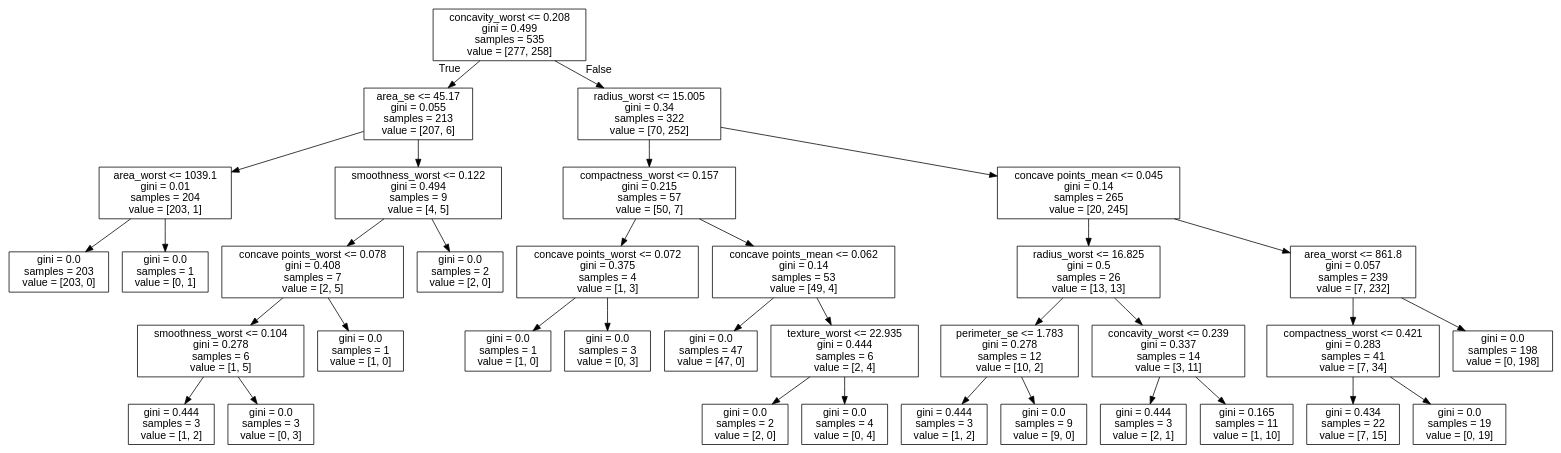
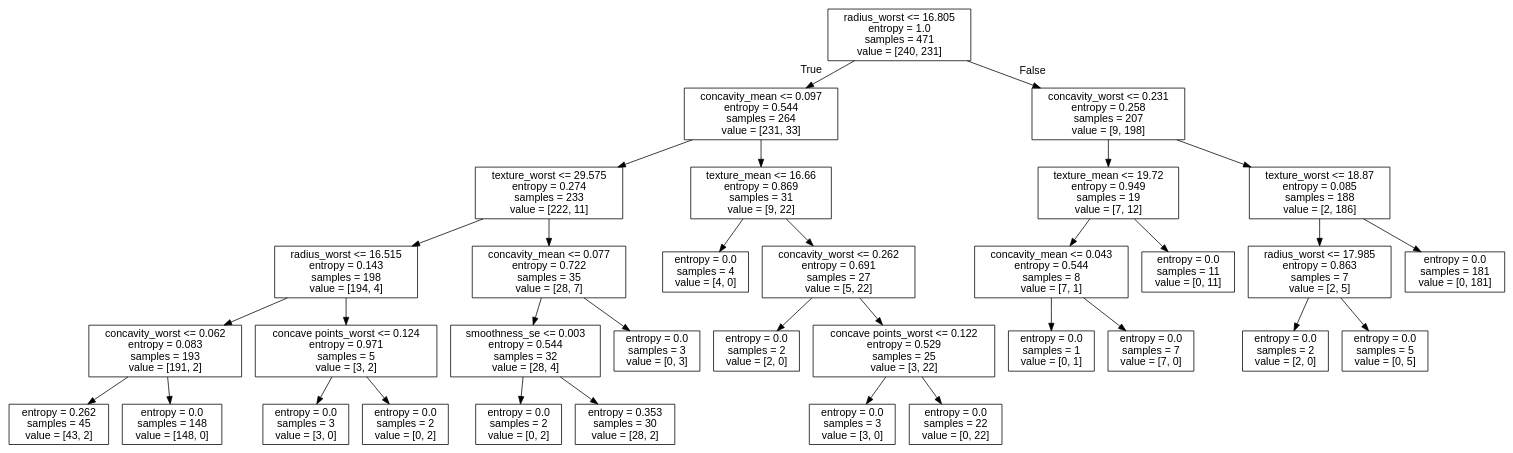
The diagram in tree.dot (m21ark/ia_t2), drawn with Graphviz before and after one commit. The commit also changed 4 other files, not shown here.

```diff
--- a/tree.dot
+++ b/tree.dot
@@ -1,73 +1,69 @@
 digraph Tree {
 node [shape=box, fontname="helvetica"] ;
 edge [fontname="helvetica"] ;
-0 [label="concavity_worst <= 0.208\ngini = 0.499\nsamples = 535\nvalue = [277, 258]"] ;
-1 [label="area_se <= 45.17\ngini = 0.055\nsamples = 213\nvalue = [207, 6]"] ;
+0 [label="radius_worst <= 16.805\nentropy = 1.0\nsamples = 471\nvalue = [240, 231]"] ;
+1 [label="concavity_mean <= 0.097\nentropy = 0.544\nsamples = 264\nvalue = [231, 33]"] ;
 0 -> 1 [labeldistance=2.5, labelangle=45, headlabel="True"] ;
-2 [label="area_worst <= 1039.1\ngini = 0.01\nsamples = 204\nvalue = [203, 1]"] ;
+2 [label="texture_worst <= 29.575\nentropy = 0.274\nsamples = 233\nvalue = [222, 11]"] ;
 1 -> 2 ;
-3 [label="gini = 0.0\nsamples = 203\nvalue = [203, 0]"] ;
+3 [label="radius_worst <= 16.515\nentropy = 0.143\nsamples = 198\nvalue = [194, 4]"] ;
 2 -> 3 ;
-4 [label="gini = 0.0\nsamples = 1\nvalue = [0, 1]"] ;
-2 -> 4 ;
-5 [label="smoothness_worst <= 0.122\ngini = 0.494\nsamples = 9\nvalue = [4, 5]"] ;
-1 -> 5 ;
-6 [label="concave points_worst <= 0.078\ngini = 0.408\nsamples = 7\nvalue = [2, 5]"] ;
-5 -> 6 ;
-7 [label="smoothness_worst <= 0.104\ngini = 0.278\nsamples = 6\nvalue = [1, 5]"] ;
-6 -> 7 ;
-8 [label="gini = 0.444\nsamples = 3\nvalue = [1, 2]"] ;
+4 [label="concavity_worst <= 0.062\nentropy = 0.083\nsamples = 193\nvalue = [191, 2]"] ;
+3 -> 4 ;
+5 [label="entropy = 0.262\nsamples = 45\nvalue = [43, 2]"] ;
+4 -> 5 ;
+6 [label="entropy = 0.0\nsamples = 148\nvalue = [148, 0]"] ;
+4 -> 6 ;
+7 [label="concave points_worst <= 0.124\nentropy = 0.971\nsamples = 5\nvalue = [3, 2]"] ;
+3 -> 7 ;
+8 [label="entropy = 0.0\nsamples = 3\nvalue = [3, 0]"] ;
 7 -> 8 ;
-9 [label="gini = 0.0\nsamples = 3\nvalue = [0, 3]"] ;
+9 [label="entropy = 0.0\nsamples = 2\nvalue = [0, 2]"] ;
 7 -> 9 ;
-10 [label="gini = 0.0\nsamples = 1\nvalue = [1, 0]"] ;
-6 -> 10 ;
-11 [label="gini = 0.0\nsamples = 2\nvalue = [2, 0]"] ;
-5 -> 11 ;
-12 [label="radius_worst <= 15.005\ngini = 0.34\nsamples = 322\nvalue = [70, 252]"] ;
-0 -> 12 [labeldistance=2.5, labelangle=-45, headlabel="False"] ;
-13 [label="compactness_worst <= 0.157\ngini = 0.215\nsamples = 57\nvalue = [50, 7]"] ;
-12 -> 13 ;
-14 [label="concave points_worst <= 0.072\ngini = 0.375\nsamples = 4\nvalue = [1, 3]"] ;
-13 -> 14 ;
-15 [label="gini = 0.0\nsamples = 1\nvalue = [1, 0]"] ;
-14 -> 15 ;
-16 [label="gini = 0.0\nsamples = 3\nvalue = [0, 3]"] ;
-14 -> 16 ;
-17 [label="concave points_mean <= 0.062\ngini = 0.14\nsamples = 53\nvalue = [49, 4]"] ;
-13 -> 17 ;
-18 [label="gini = 0.0\nsamples = 47\nvalue = [47, 0]"] ;
+10 [label="concavity_mean <= 0.077\nentropy = 0.722\nsamples = 35\nvalue = [28, 7]"] ;
+2 -> 10 ;
+11 [label="smoothness_se <= 0.003\nentropy = 0.544\nsamples = 32\nvalue = [28, 4]"] ;
+10 -> 11 ;
+12 [label="entropy = 0.0\nsamples = 2\nvalue = [0, 2]"] ;
+11 -> 12 ;
+13 [label="entropy = 0.353\nsamples = 30\nvalue = [28, 2]"] ;
+11 -> 13 ;
+14 [label="entropy = 0.0\nsamples = 3\nvalue = [0, 3]"] ;
+10 -> 14 ;
+15 [label="texture_mean <= 16.66\nentropy = 0.869\nsamples = 31\nvalue = [9, 22]"] ;
+1 -> 15 ;
+16 [label="entropy = 0.0\nsamples = 4\nvalue = [4, 0]"] ;
+15 -> 16 ;
+17 [label="concavity_worst <= 0.262\nentropy = 0.691\nsamples = 27\nvalue = [5, 22]"] ;
+15 -> 17 ;
+18 [label="entropy = 0.0\nsamples = 2\nvalue = [2, 0]"] ;
 17 -> 18 ;
-19 [label="texture_worst <= 22.935\ngini = 0.444\nsamples = 6\nvalue = [2, 4]"] ;
+19 [label="concave points_worst <= 0.122\nentropy = 0.529\nsamples = 25\nvalue = [3, 22]"] ;
 17 -> 19 ;
-20 [label="gini = 0.0\nsamples = 2\nvalue = [2, 0]"] ;
+20 [label="entropy = 0.0\nsamples = 3\nvalue = [3, 0]"] ;
 19 -> 20 ;
-21 [label="gini = 0.0\nsamples = 4\nvalue = [0, 4]"] ;
+21 [label="entropy = 0.0\nsamples = 22\nvalue = [0, 22]"] ;
 19 -> 21 ;
-22 [label="concave points_mean <= 0.045\ngini = 0.14\nsamples = 265\nvalue = [20, 245]"] ;
-12 -> 22 ;
-23 [label="radius_worst <= 16.825\ngini = 0.5\nsamples = 26\nvalue = [13, 13]"] ;
+22 [label="concavity_worst <= 0.231\nentropy = 0.258\nsamples = 207\nvalue = [9, 198]"] ;
+0 -> 22 [labeldistance=2.5, labelangle=-45, headlabel="False"] ;
+23 [label="texture_mean <= 19.72\nentropy = 0.949\nsamples = 19\nvalue = [7, 12]"] ;
 22 -> 23 ;
-24 [label="perimeter_se <= 1.783\ngini = 0.278\nsamples = 12\nvalue = [10, 2]"] ;
+24 [label="concavity_mean <= 0.043\nentropy = 0.544\nsamples = 8\nvalue = [7, 1]"] ;
 23 -> 24 ;
-25 [label="gini = 0.444\nsamples = 3\nvalue = [1, 2]"] ;
+25 [label="entropy = 0.0\nsamples = 1\nvalue = [0, 1]"] ;
 24 -> 25 ;
-26 [label="gini = 0.0\nsamples = 9\nvalue = [9, 0]"] ;
+26 [label="entropy = 0.0\nsamples = 7\nvalue = [7, 0]"] ;
 24 -> 26 ;
-27 [label="concavity_worst <= 0.239\ngini = 0.337\nsamples = 14\nvalue = [3, 11]"] ;
+27 [label="entropy = 0.0\nsamples = 11\nvalue = [0, 11]"] ;
 23 -> 27 ;
-28 [label="gini = 0.444\nsamples = 3\nvalue = [2, 1]"] ;
-27 -> 28 ;
-29 [label="gini = 0.165\nsamples = 11\nvalue = [1, 10]"] ;
-27 -> 29 ;
-30 [label="area_worst <= 861.8\ngini = 0.057\nsamples = 239\nvalue = [7, 232]"] ;
-22 -> 30 ;
-31 [label="compactness_worst <= 0.421\ngini = 0.283\nsamples = 41\nvalue = [7, 34]"] ;
-30 -> 31 ;
-32 [label="gini = 0.434\nsamples = 22\nvalue = [7, 15]"] ;
-31 -> 32 ;
-33 [label="gini = 0.0\nsamples = 19\nvalue = [0, 19]"] ;
-31 -> 33 ;
-34 [label="gini = 0.0\nsamples = 198\nvalue = [0, 198]"] ;
-30 -> 34 ;
+28 [label="texture_worst <= 18.87\nentropy = 0.085\nsamples = 188\nvalue = [2, 186]"] ;
+22 -> 28 ;
+29 [label="radius_worst <= 17.985\nentropy = 0.863\nsamples = 7\nvalue = [2, 5]"] ;
+28 -> 29 ;
+30 [label="entropy = 0.0\nsamples = 2\nvalue = [2, 0]"] ;
+29 -> 30 ;
+31 [label="entropy = 0.0\nsamples = 5\nvalue = [0, 5]"] ;
+29 -> 31 ;
+32 [label="entropy = 0.0\nsamples = 181\nvalue = [0, 181]"] ;
+28 -> 32 ;
 }
```
